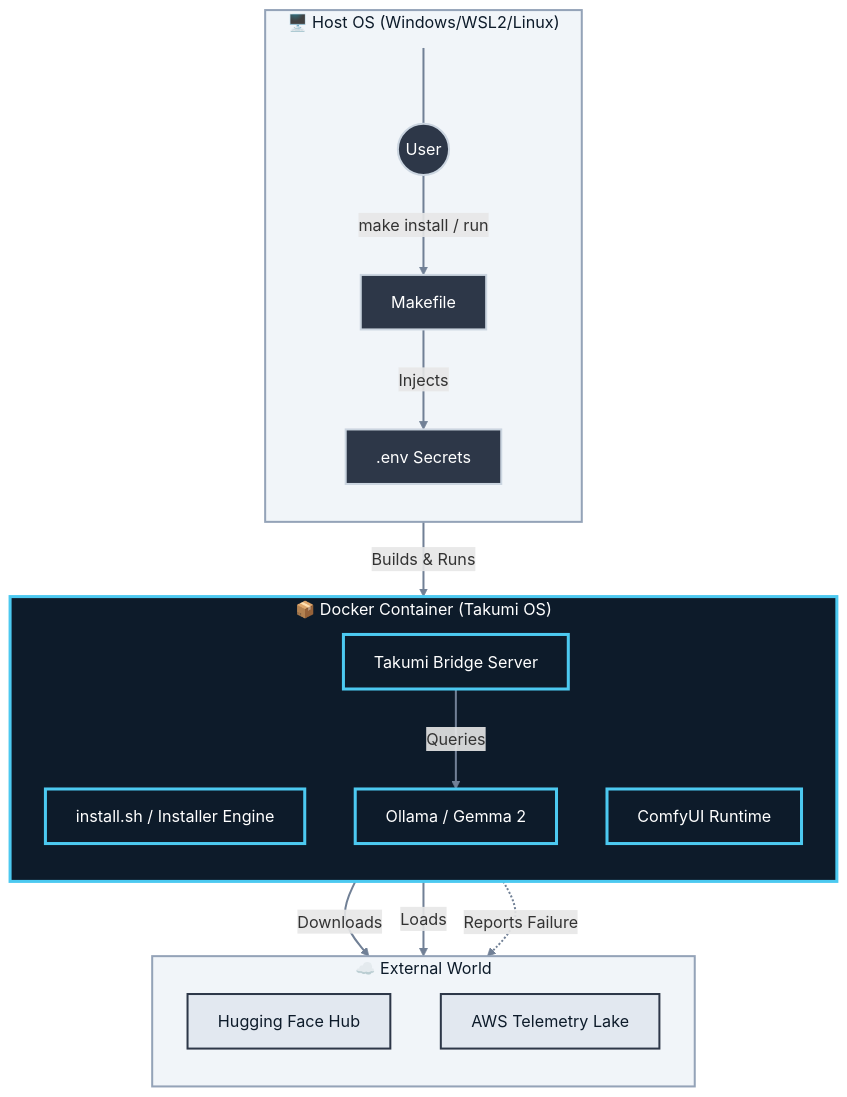
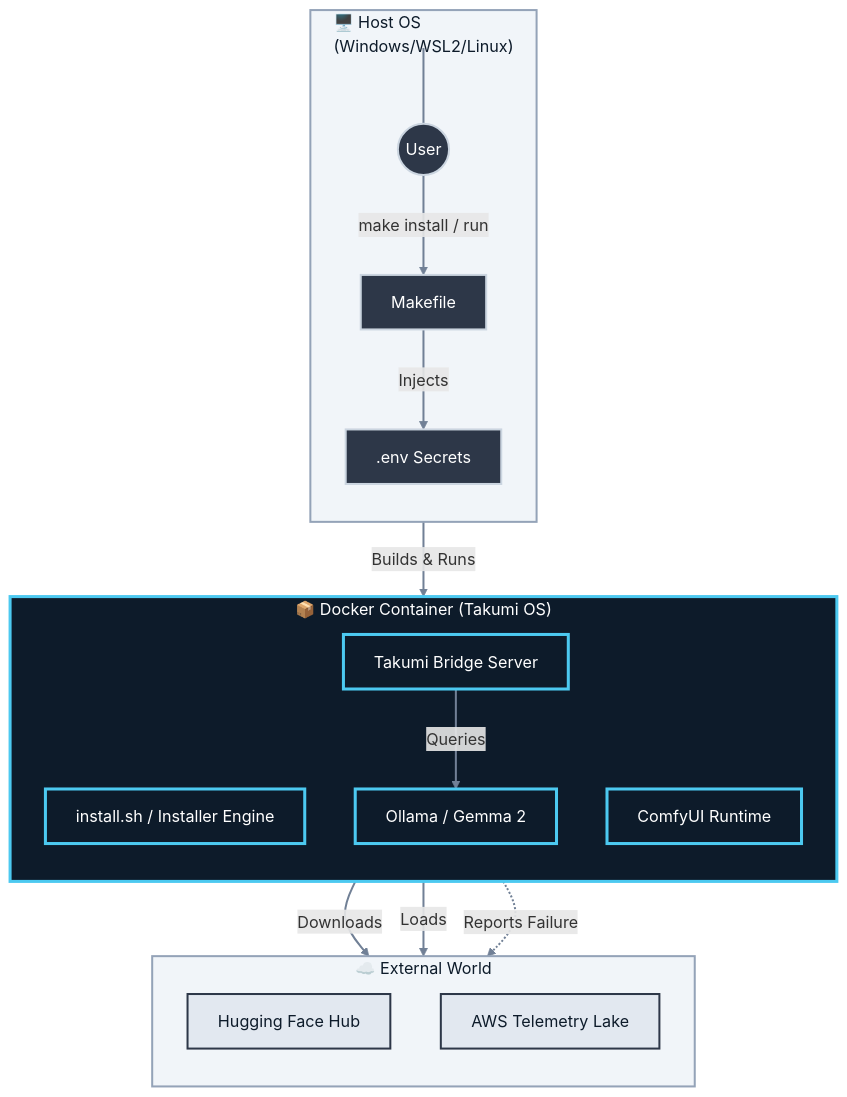
One commit to roguelikeCode/takumi-comfyui-advisor changed the first of 4 diagrams in architecture.md. Above: the diagram before and after it, drawn with Mermaid. The commit also changed other lines of this file, not shown here.

Commit message:
chore(architecture.md): fix mermaid colors for github visibility

````diff
--- a/architecture.md
+++ b/architecture.md
@@ -12,55 +12,54 @@
 ```mermaid
 graph TD
     %% --- Global Settings ---
     linkStyle default stroke:#718096,stroke-width:2px,fill:none;
 
     %% --- Styles ---
     classDef host fill:#2d3748,stroke:#cbd5e0,stroke-width:2px,color:#ffffff;
     classDef container fill:#0d1b2a,stroke:#4cc9f0,stroke-width:3px,color:#ffffff;
     classDef cloud fill:#e2e8f0,stroke:#2d3748,stroke-width:2px,color:#0d1b2a;
     classDef plain fill:#f1f5f9,stroke:#94a3b8,stroke-width:2px,color:#0d1b2a;
-    %% Invisible styling for spacing
     classDef hidden display:none;
 
-    subgraph Host ["&nbsp;&nbsp;&nbsp;&nbsp;🖥️ Host OS (Windows/WSL2/Linux)&nbsp;&nbsp;&nbsp;&nbsp;"]
+    %% Fixed: Added line break <br/> to prevent link overlap
+    subgraph Host ["🖥️ Host OS<br/>(Windows/WSL2/Linux)"]
         direction TB
-        %% Spacer to prevent overlap with title
         Dummy[ ]:::hidden
         User((User))
         Make[Makefile]
         Dotenv[.env Secrets]
         
         Dummy ~~~ User
     end
 
     subgraph Docker ["📦 Docker Container (Takumi OS)"]
         direction TB
         Installer["install.sh / Installer Engine"]
         Runtime[ComfyUI Runtime]
         Brain[Ollama / Gemma 2]
         Bridge[Takumi Bridge Server]
     end
 
     subgraph Cloud ["☁️ External World"]
         direction TB
         HuggingFace[Hugging Face Hub]
         AWS[AWS Telemetry Lake]
     end
 
     %% Connections
     User -->|make install / run| Make
     Make -->|Injects| Dotenv
     Make -->|Builds & Runs| Docker
     
     Installer -->|Downloads| HuggingFace
     Runtime -->|Loads| HuggingFace
     Bridge -->|Queries| Brain
     Installer -.->|Reports Failure| AWS
     
     %% Apply Styles
     class User,Make,Dotenv host;
     class Installer,Runtime,Brain,Bridge container;
     class HuggingFace,AWS cloud;
     class Host,Cloud plain;
     class Docker container;
 ```
````
